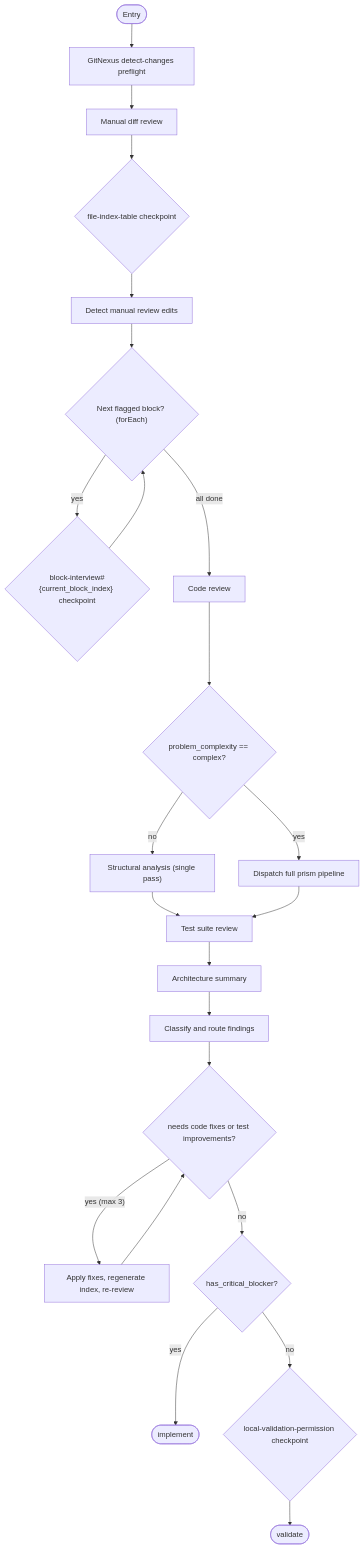
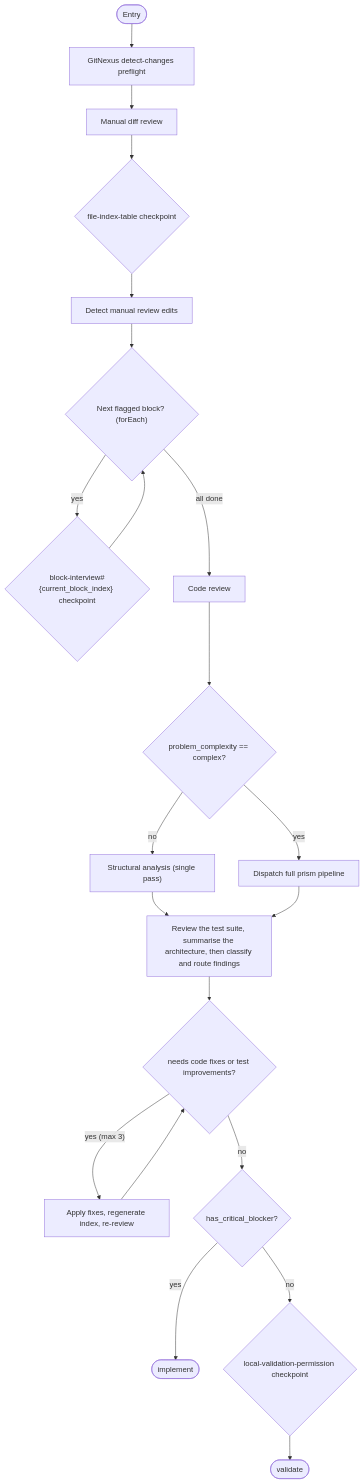
Before and after one commit to m2ux/workflow-server: diagram 11 of 15 in work-package/activities/README.md, drawn with Mermaid. The commit also changed other lines of this file, not shown here.

First line of the commit message:
docs(work-package): group each activity diagram's straight runs into one block

````diff
--- a/work-package/activities/README.md
+++ b/work-package/activities/README.md
@@ -319,27 +281,25 @@
 ```mermaid
 graph TD
     entryNode(["Entry"]) --> preflight["GitNexus detect-changes preflight"]
     preflight --> manualDiff["Manual diff review"]
     manualDiff --> cpFileIndex{"file-index-table checkpoint"}
     cpFileIndex --> detectManual["Detect manual review edits"]
     detectManual --> interviewLoop{"Next flagged block? (forEach)"}
     interviewLoop -->|"yes"| cpInterview{"block-interview#{current_block_index} checkpoint"}
     cpInterview --> interviewLoop
     interviewLoop -->|"all done"| codeReview["Code review"]
 
     codeReview --> structural{"problem_complexity == complex?"}
     structural -->|"no"| structuralInline["Structural analysis (single pass)"]
     structural -->|"yes"| dispatchPrism["Dispatch full prism pipeline"]
-    structuralInline --> testReview["Test suite review"]
+    structuralInline --> testReview["Review the test suite, summarise the architecture, then classify and route findings"]
     dispatchPrism --> testReview
-    testReview --> archSummary["Architecture summary"]
-    archSummary --> classify["Classify and route findings"]
 
-    classify --> fixCycle{"needs code fixes or test improvements?"}
+    testReview --> fixCycle{"needs code fixes or test improvements?"}
     fixCycle -->|"yes (max 3)"| applyFixes["Apply fixes, regenerate index, re-review"]
     applyFixes --> fixCycle
     fixCycle -->|"no"| blockerGate{"has_critical_blocker?"}
     blockerGate -->|"yes"| exitImplement(["implement"])
     blockerGate -->|"no"| cpLocalValidation{"local-validation-permission checkpoint"}
     cpLocalValidation --> exitValidate(["validate"])
 ```
````
